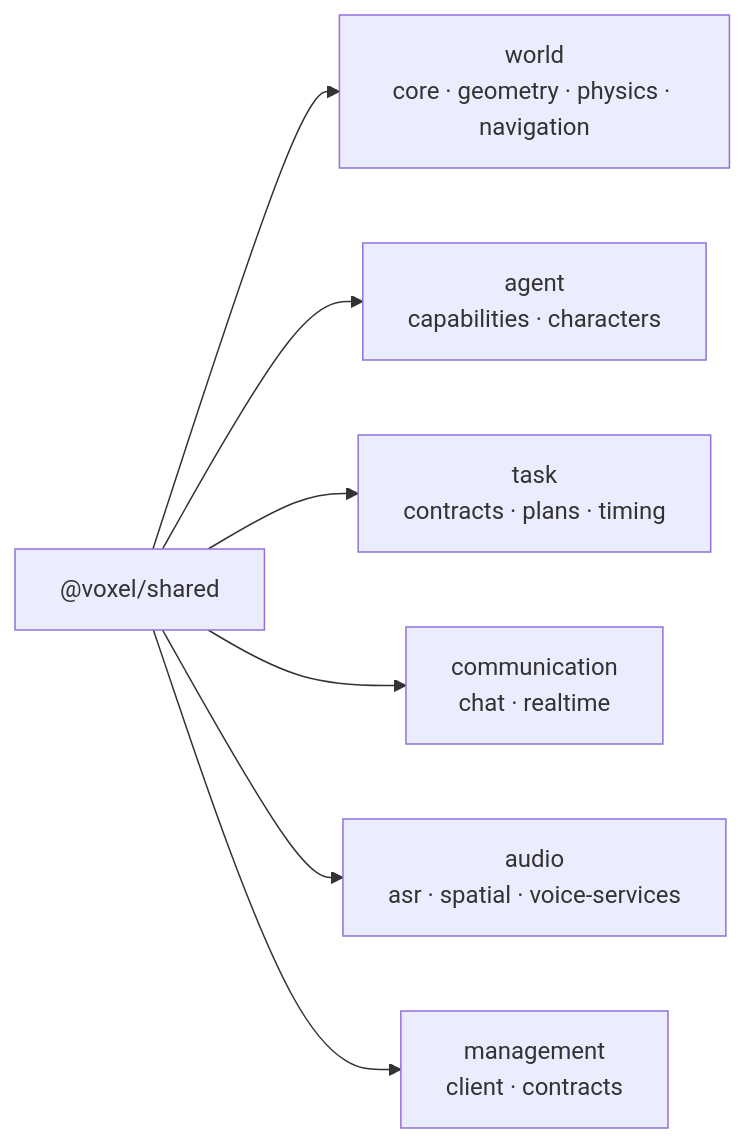
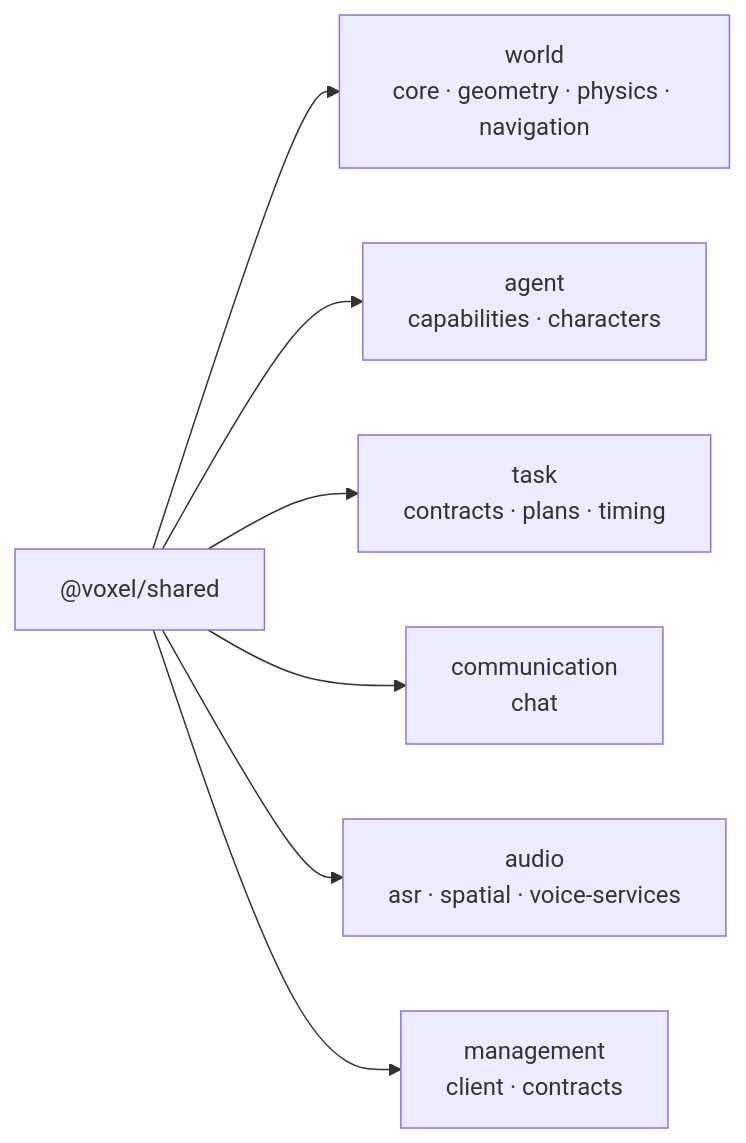
One commit to lulabs-org/embocraft changed the third of 14 diagrams in docs/guide/architecture-diagrams.md. Above: the diagram before and after it, drawn with Mermaid. The commit also changed other lines of this file and 24 other files, not shown here.

````diff
--- a/docs/guide/architecture-diagrams.md
+++ b/docs/guide/architecture-diagrams.md
@@ -71,9 +71,9 @@
 ```mermaid
 graph LR
     Shared["@voxel/shared"] --> World["world<br/>core · geometry · physics · navigation"]
     Shared --> Agent["agent<br/>capabilities · characters"]
     Shared --> Task["task<br/>contracts · plans · timing"]
-    Shared --> Comm["communication<br/>chat · realtime"]
+    Shared --> Comm["communication<br/>chat"]
     Shared --> Audio["audio<br/>asr · spatial · voice-services"]
     Shared --> Mgmt["management<br/>client · contracts"]
 ```
````
